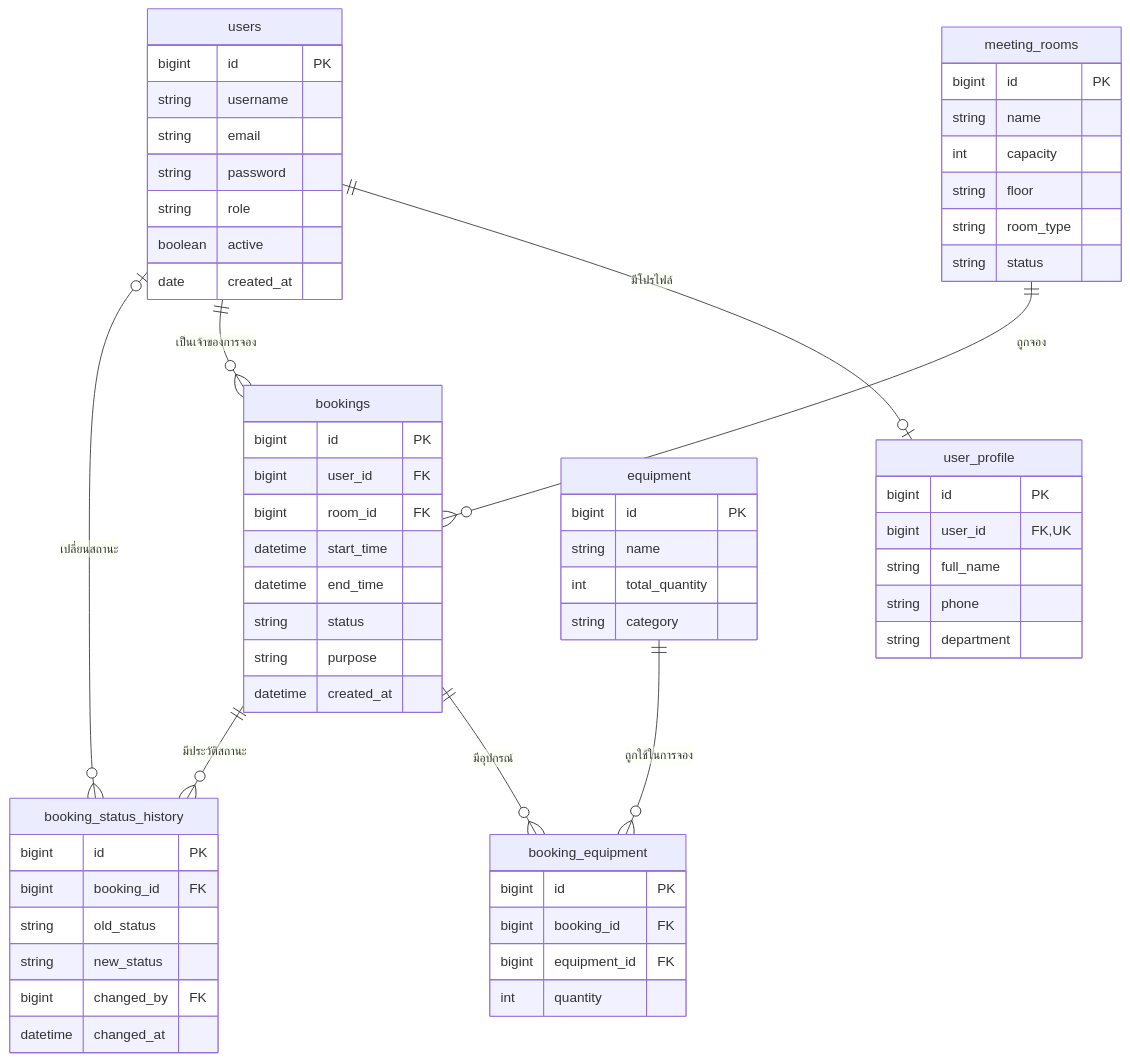
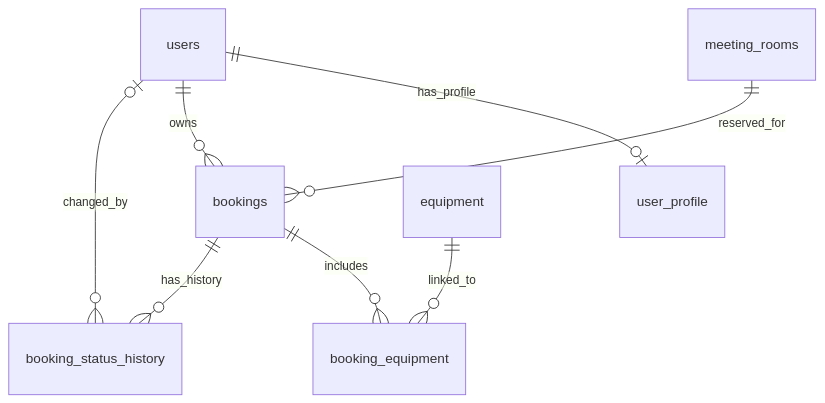
The second of 2 diagrams in README.md (BRHansol/Co-Working-Space-Equipment-Rental), drawn with Mermaid before and after one commit. The commit also changed other lines of this file, not shown here.

````diff
--- a/README.md
+++ b/README.md
@@ -125,65 +103,10 @@
 ```mermaid
 erDiagram
-    users ||--o| user_profile : "มีโปรไฟล์"
-    users ||--o{ bookings : "เป็นเจ้าของการจอง"
-    meeting_rooms ||--o{ bookings : "ถูกจอง"
-    bookings ||--o{ booking_equipment : "มีอุปกรณ์"
-    equipment ||--o{ booking_equipment : "ถูกใช้ในการจอง"
-    bookings ||--o{ booking_status_history : "มีประวัติสถานะ"
-    users o|--o{ booking_status_history : "เปลี่ยนสถานะ"
-
-    users {
-        bigint id PK
-        string username
-        string email
-        string password
-        string role
-        boolean active
-        date created_at
-    }
-    user_profile {
-        bigint id PK
-        bigint user_id FK, UK
-        string full_name
-        string phone
-        string department
-    }
-    meeting_rooms {
-        bigint id PK
-        string name
-        int capacity
-        string floor
-        string room_type
-        string status
-    }
-    equipment {
-        bigint id PK
-        string name
-        int total_quantity
-        string category
-    }
-    bookings {
-        bigint id PK
-        bigint user_id FK
-        bigint room_id FK
-        datetime start_time
-        datetime end_time
-        string status
-        string purpose
-        datetime created_at
-    }
-    booking_equipment {
-        bigint id PK
-        bigint booking_id FK
-        bigint equipment_id FK
-        int quantity
-    }
-    booking_status_history {
-        bigint id PK
-        bigint booking_id FK
-        string old_status
-        string new_status
-        bigint changed_by FK
-        datetime changed_at
-    }
+    users ||--o| user_profile : has_profile
+    users ||--o{ bookings : owns
+    meeting_rooms ||--o{ bookings : reserved_for
+    bookings ||--o{ booking_equipment : includes
+    equipment ||--o{ booking_equipment : linked_to
+    bookings ||--o{ booking_status_history : has_history
+    users o|--o{ booking_status_history : changed_by
 ```
````
